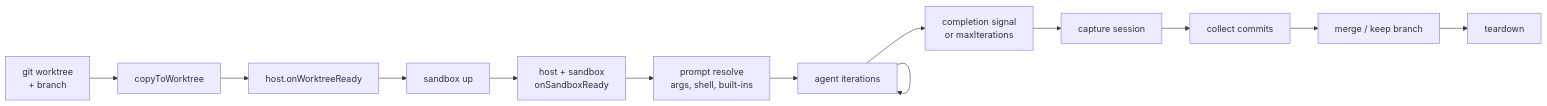
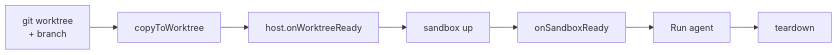
One commit to RRMoelker/sandcastle-beads-workshop changed the first of 2 diagrams in slides/slides/sandcastle/intro.md. Above: the diagram before and after it, drawn with Mermaid. The commit also changed other lines of this file and 11 other files, not shown here.

````diff
--- a/slides/slides/sandcastle/intro.md
+++ b/slides/slides/sandcastle/intro.md
@@ -181,15 +181,9 @@
 ```mermaid {scale: 0.55}
 flowchart LR
   W["git worktree<br/>+ branch"] --> CP["copyToWorktree"]
   CP --> HW["host.onWorktreeReady"]
   HW --> SB["sandbox up"]
-  SB --> HK["host + sandbox<br/>onSandboxReady"]
-  HK --> PR["prompt resolve<br/>args, shell, built-ins"]
-  PR --> AG["agent iterations"]
-  AG --> AG
-  AG --> CS["completion signal<br/>or maxIterations"]
-  CS --> SE["capture session"]
-  SE --> CO["collect commits"]
-  CO --> MG["merge / keep branch"]
-  MG --> TD["teardown"]
+  SB --> HK["onSandboxReady"]
+  HK --> PR["Run agent"]
+  PR --> TD["teardown"]
 ```
````
